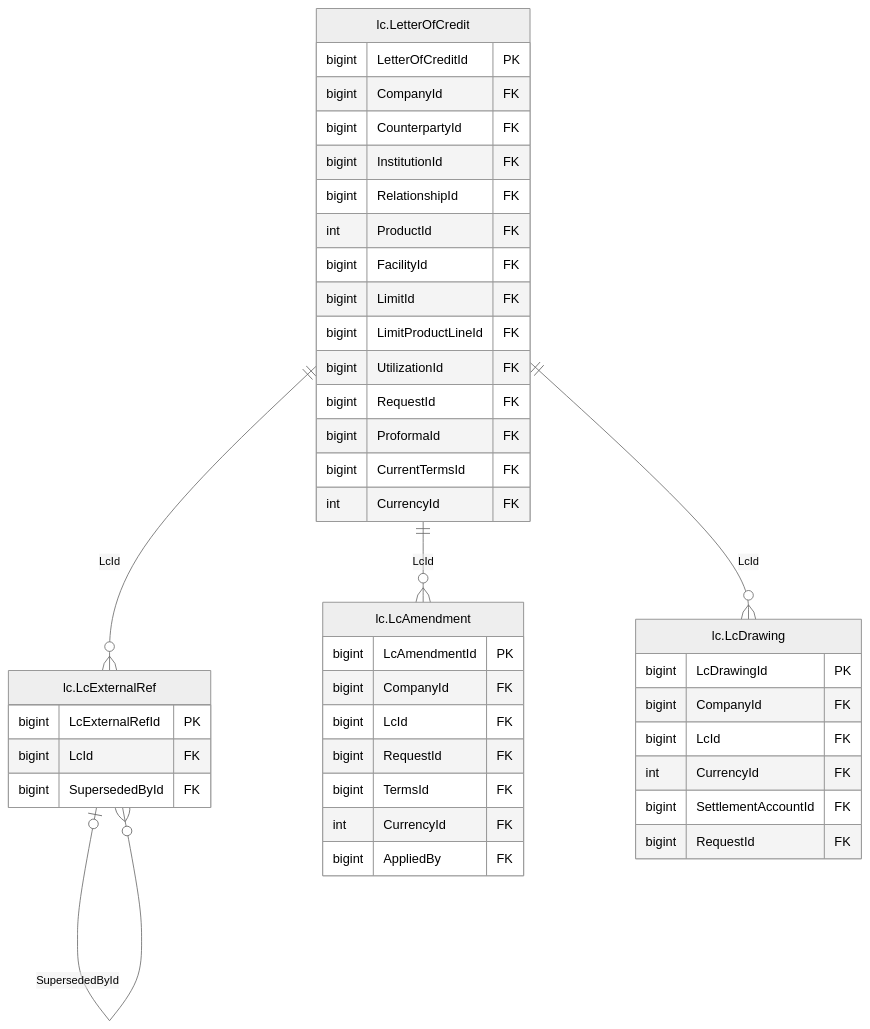
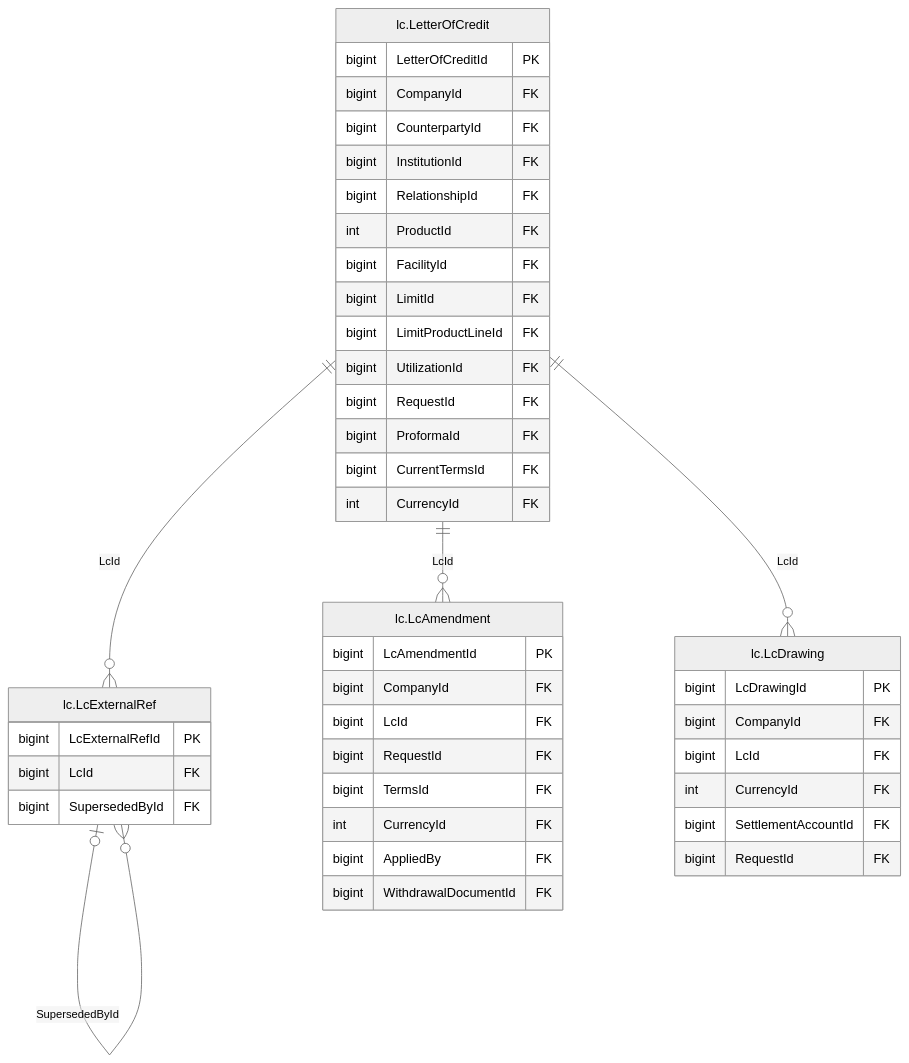
The diagram in treasury-platform/docs/diagrams/erd/m7_8_lc_ops_1.mmd (thawrasy/smartlines), drawn with Mermaid (neutral theme) before and after one commit. The commit also changed 34 other files, not shown here.

First line of the commit message:
Design documents read their numbers from the DDL; module diagrams redrawn

```diff
--- a/treasury-platform/docs/diagrams/erd/m7_8_lc_ops_1.mmd
+++ b/treasury-platform/docs/diagrams/erd/m7_8_lc_ops_1.mmd
@@ -1,44 +1,45 @@
 %% م7/م8 · الاعتمادات والبروفورما (1/3) — Letters of credit & proforma
 erDiagram
   lc_LetterOfCredit["lc.LetterOfCredit"] {
     bigint LetterOfCreditId PK
     bigint CompanyId FK
     bigint CounterpartyId FK
     bigint InstitutionId FK
     bigint RelationshipId FK
     int ProductId FK
     bigint FacilityId FK
     bigint LimitId FK
     bigint LimitProductLineId FK
     bigint UtilizationId FK
     bigint RequestId FK
     bigint ProformaId FK
     bigint CurrentTermsId FK
     int CurrencyId FK
   }
   lc_LcExternalRef["lc.LcExternalRef"] {
     bigint LcExternalRefId PK
     bigint LcId FK
     bigint SupersededById FK
   }
   lc_LcAmendment["lc.LcAmendment"] {
     bigint LcAmendmentId PK
     bigint CompanyId FK
     bigint LcId FK
     bigint RequestId FK
     bigint TermsId FK
     int CurrencyId FK
     bigint AppliedBy FK
+    bigint WithdrawalDocumentId FK
   }
   lc_LcDrawing["lc.LcDrawing"] {
     bigint LcDrawingId PK
     bigint CompanyId FK
     bigint LcId FK
     int CurrencyId FK
     bigint SettlementAccountId FK
     bigint RequestId FK
   }
   lc_LcExternalRef |o--o{ lc_LcExternalRef : "SupersededById"
   lc_LetterOfCredit ||--o{ lc_LcAmendment : "LcId"
   lc_LetterOfCredit ||--o{ lc_LcDrawing : "LcId"
   lc_LetterOfCredit ||--o{ lc_LcExternalRef : "LcId"
```
